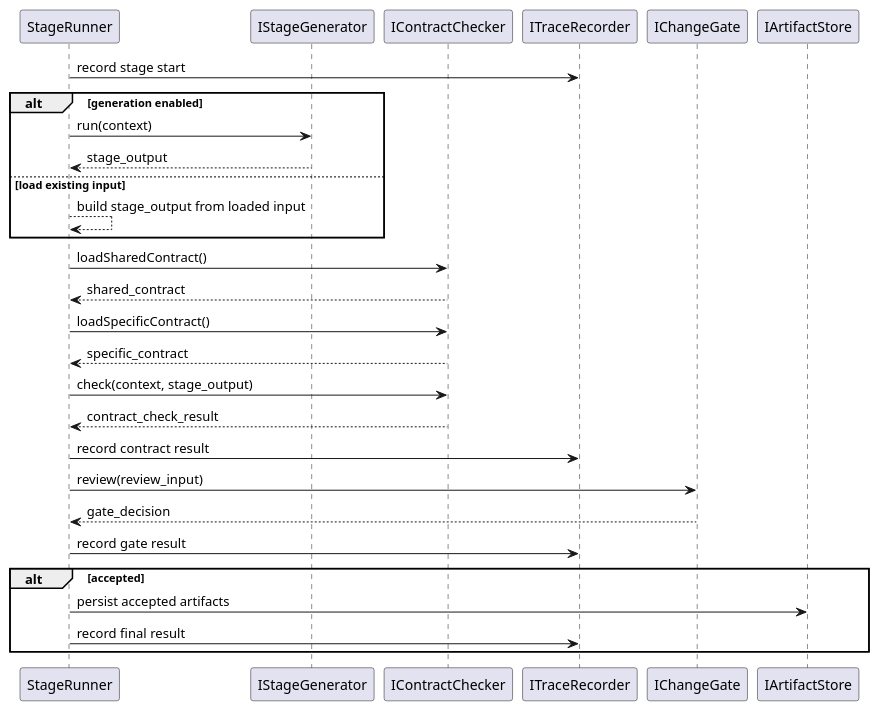
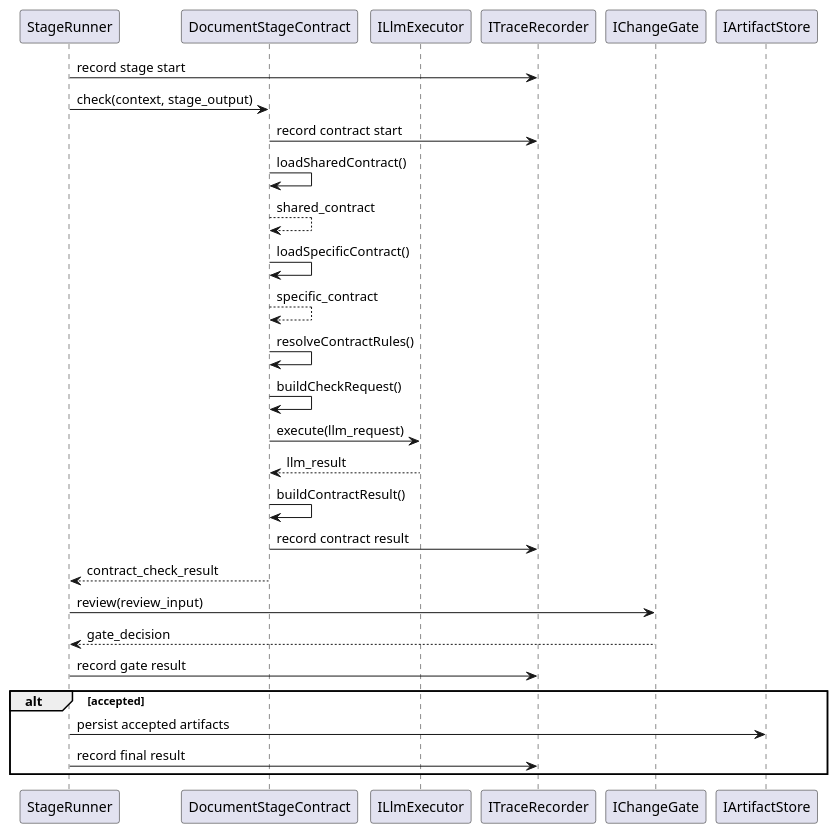
Before and after one commit to lucky-chen/ai_workflow_travel: the first of 2 diagrams in meta_layer/docs/design_docs/Contract/DocumentStageContractPattern.md, drawn with PlantUML. The commit also changed other lines of this file and 12 other files, not shown here.

First line of the commit message:
[AI] gpt-5.4: align stage pipeline document io flow

````diff
--- a/meta_layer/docs/design_docs/Contract/DocumentStageContractPattern.md
+++ b/meta_layer/docs/design_docs/Contract/DocumentStageContractPattern.md
@@ -33,36 +43,35 @@
 ```plantuml
 @startuml
 participant StageRunner
-participant IStageGenerator
-participant IContractChecker
+participant DocumentStageContract
+participant ILlmExecutor
 participant ITraceRecorder
 participant IChangeGate
 participant IArtifactStore
 
 StageRunner -> ITraceRecorder: record stage start
 
-alt generation enabled
-  StageRunner -> IStageGenerator: run(context)
-  IStageGenerator --> StageRunner: stage_output
-else load existing input
-  StageRunner --> StageRunner: build stage_output from loaded input
-end
-
-StageRunner -> IContractChecker: loadSharedContract()
-IContractChecker --> StageRunner: shared_contract
-StageRunner -> IContractChecker: loadSpecificContract()
-IContractChecker --> StageRunner: specific_contract
-StageRunner -> IContractChecker: check(context, stage_output)
-IContractChecker --> StageRunner: contract_check_result
-StageRunner -> ITraceRecorder: record contract result
+StageRunner -> DocumentStageContract: check(context, stage_output)
+DocumentStageContract -> ITraceRecorder: record contract start
+DocumentStageContract -> DocumentStageContract: loadSharedContract()
+DocumentStageContract --> DocumentStageContract: shared_contract
+DocumentStageContract -> DocumentStageContract: loadSpecificContract()
+DocumentStageContract --> DocumentStageContract: specific_contract
+DocumentStageContract -> DocumentStageContract: resolveContractRules()
+DocumentStageContract -> DocumentStageContract: buildCheckRequest()
+DocumentStageContract -> ILlmExecutor: execute(llm_request)
+ILlmExecutor --> DocumentStageContract: llm_result
+DocumentStageContract -> DocumentStageContract: buildContractResult()
+DocumentStageContract -> ITraceRecorder: record contract result
+DocumentStageContract --> StageRunner: contract_check_result
 
 StageRunner -> IChangeGate: review(review_input)
 IChangeGate --> StageRunner: gate_decision
 StageRunner -> ITraceRecorder: record gate result
 
 alt accepted
   StageRunner -> IArtifactStore: persist accepted artifacts
   StageRunner -> ITraceRecorder: record final result
 end
 @enduml
 ```
````
